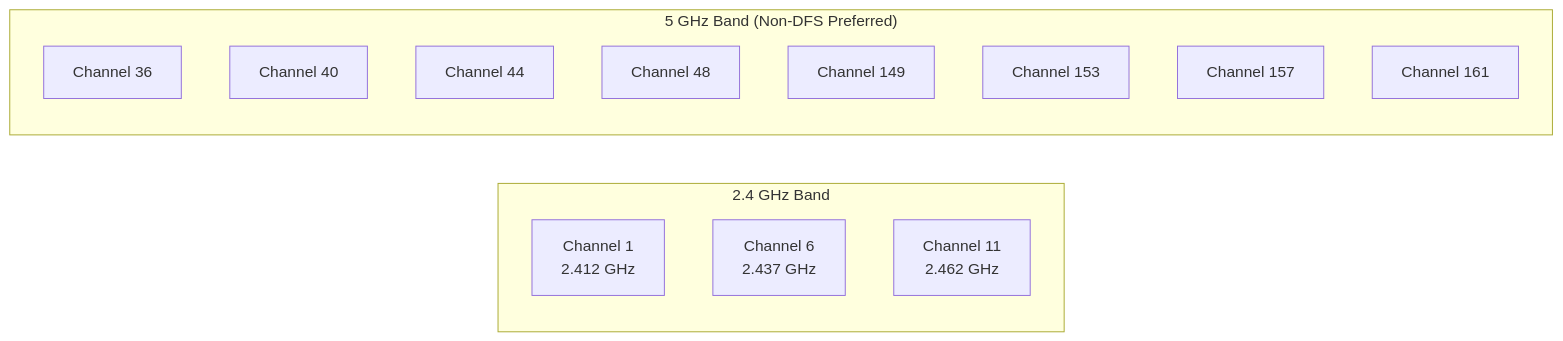
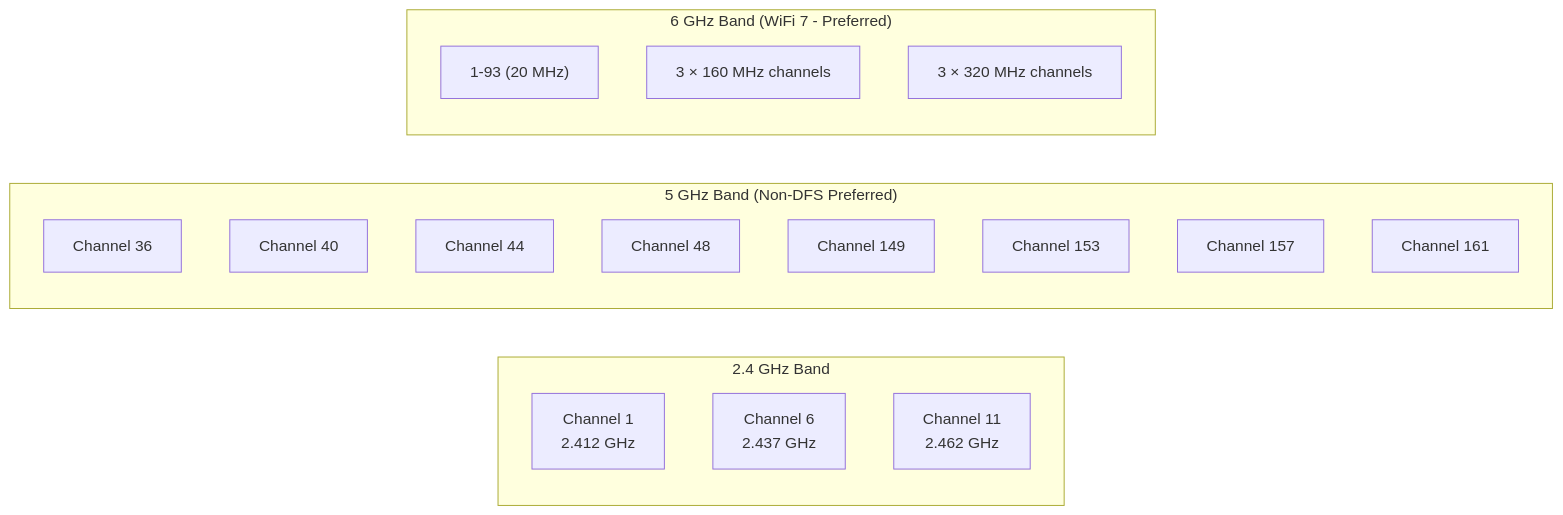
The seventh of 7 diagrams in docs/wifi/ssid-standards.md (NewOrleansITI/networkstandards), drawn with Mermaid before and after one commit. The commit also changed other lines of this file and 4 other files, not shown here.

````diff
--- a/docs/wifi/ssid-standards.md
+++ b/docs/wifi/ssid-standards.md
@@ -294,19 +300,25 @@
 ```mermaid
 graph LR
     subgraph BAND_24["2.4 GHz Band"]
         CH1["Channel 1<br/>2.412 GHz"]
         CH6["Channel 6<br/>2.437 GHz"]
         CH11["Channel 11<br/>2.462 GHz"]
     end
 
     subgraph BAND_5["5 GHz Band (Non-DFS Preferred)"]
         CH36["Channel 36"]
         CH40["Channel 40"]
         CH44["Channel 44"]
         CH48["Channel 48"]
         CH149["Channel 149"]
         CH153["Channel 153"]
         CH157["Channel 157"]
         CH161["Channel 161"]
     end
+
+    subgraph BAND_6["6 GHz Band (WiFi 7 - Preferred)"]
+        CH6_1["1-93 (20 MHz)"]
+        CH6_160["3 × 160 MHz channels"]
+        CH6_320["3 × 320 MHz channels"]
+    end
 ```
````
